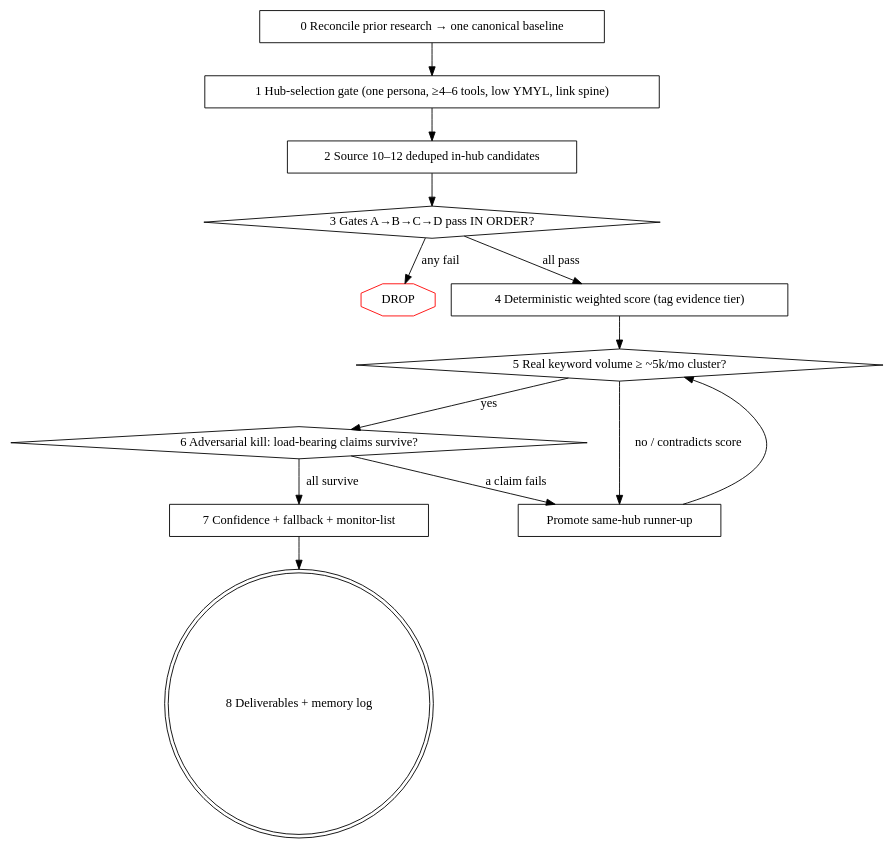
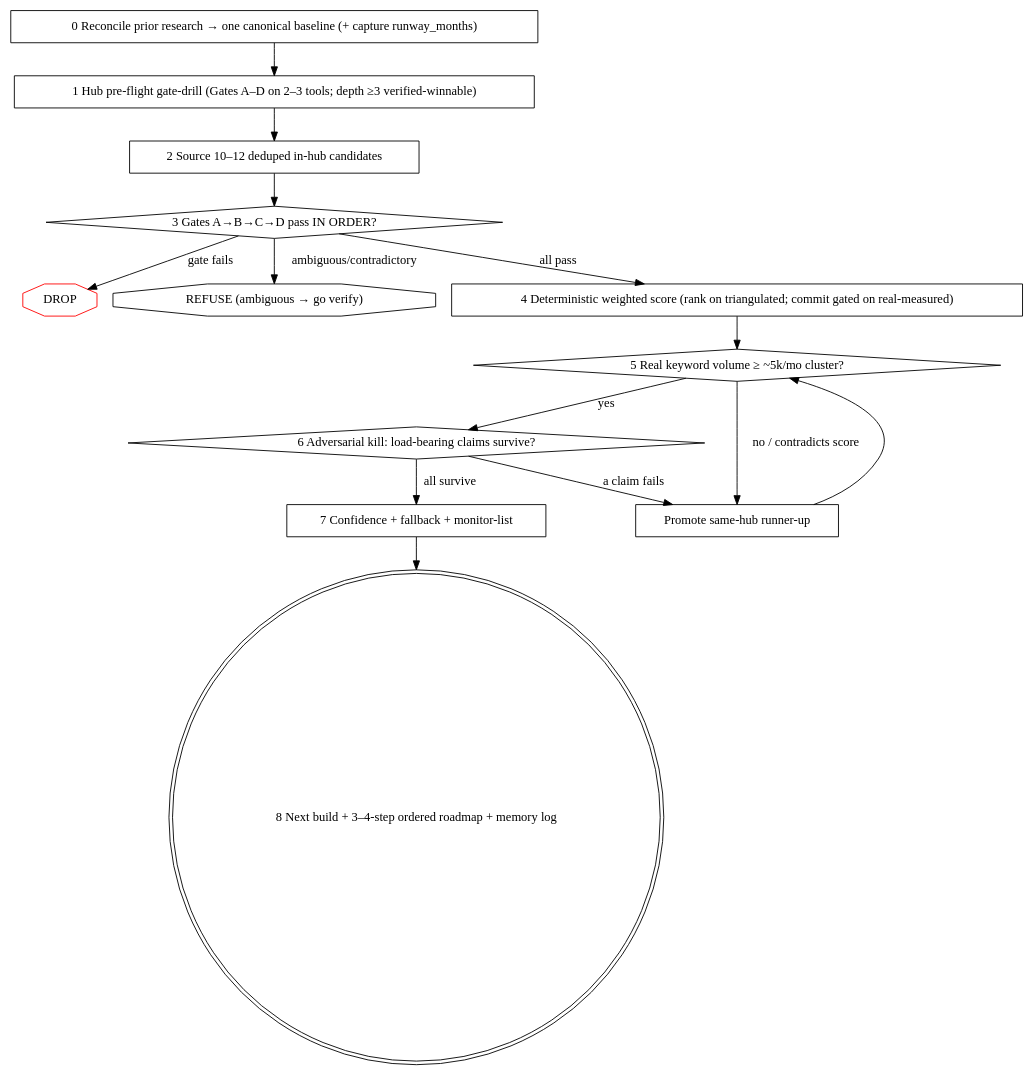
Before and after one commit to luv-jeri/tool-factory-skills: the second of 2 diagrams in SKILL.md, drawn with Graphviz. The commit also changed other lines of this file and 17 other files, not shown here.

````diff
--- a/SKILL.md
+++ b/SKILL.md
@@ -57,25 +66,27 @@
 ```dot
 digraph funnel {
-  s0 [shape=box label="0 Reconcile prior research → one canonical baseline"];
-  s1 [shape=box label="1 Hub-selection gate (one persona, ≥4–6 tools, low YMYL, link spine)"];
+  s0 [shape=box label="0 Reconcile prior research → one canonical baseline (+ capture runway_months)"];
+  s1 [shape=box label="1 Hub pre-flight gate-drill (Gates A–D on 2–3 tools; depth ≥3 verified-winnable)"];
   s2 [shape=box label="2 Source 10–12 deduped in-hub candidates"];
   ga [shape=diamond label="3 Gates A→B→C→D pass IN ORDER?"];
   drop [shape=octagon color=red label="DROP"];
-  s4 [shape=box label="4 Deterministic weighted score (tag evidence tier)"];
+  refuse [shape=octagon label="REFUSE (ambiguous → go verify)"];
+  s4 [shape=box label="4 Deterministic weighted score (rank on triangulated; commit gated on real-measured)"];
   s5 [shape=diamond label="5 Real keyword volume ≥ ~5k/mo cluster?"];
   s6 [shape=diamond label="6 Adversarial kill: load-bearing claims survive?"];
   fb [shape=box label="Promote same-hub runner-up"];
   s7 [shape=box label="7 Confidence + fallback + monitor-list"];
-  s8 [shape=doublecircle label="8 Deliverables + memory log"];
+  s8 [shape=doublecircle label="8 Next build + 3–4-step ordered roadmap + memory log"];
   s0 -> s1 -> s2 -> ga;
-  ga -> drop [label="any fail"];
+  ga -> drop [label="gate fails"];
+  ga -> refuse [label="ambiguous/contradictory"];
   ga -> s4 [label="all pass"];
   s4 -> s5;
   s5 -> fb [label="no / contradicts score"];
   s5 -> s6 [label="yes"];
   s6 -> fb [label="a claim fails"];
   s6 -> s7 [label="all survive"];
   fb -> s5;
   s7 -> s8;
 }
 ```
````
